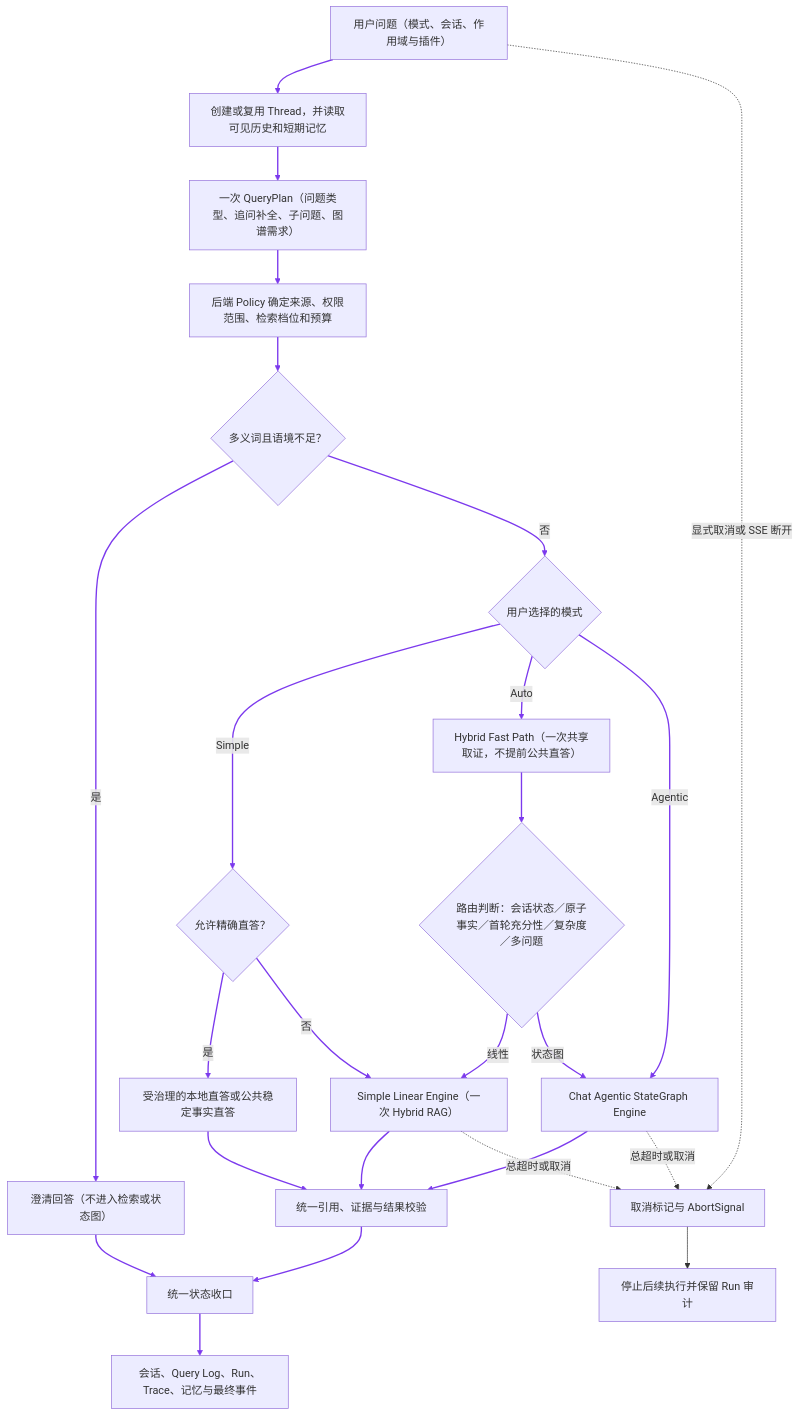
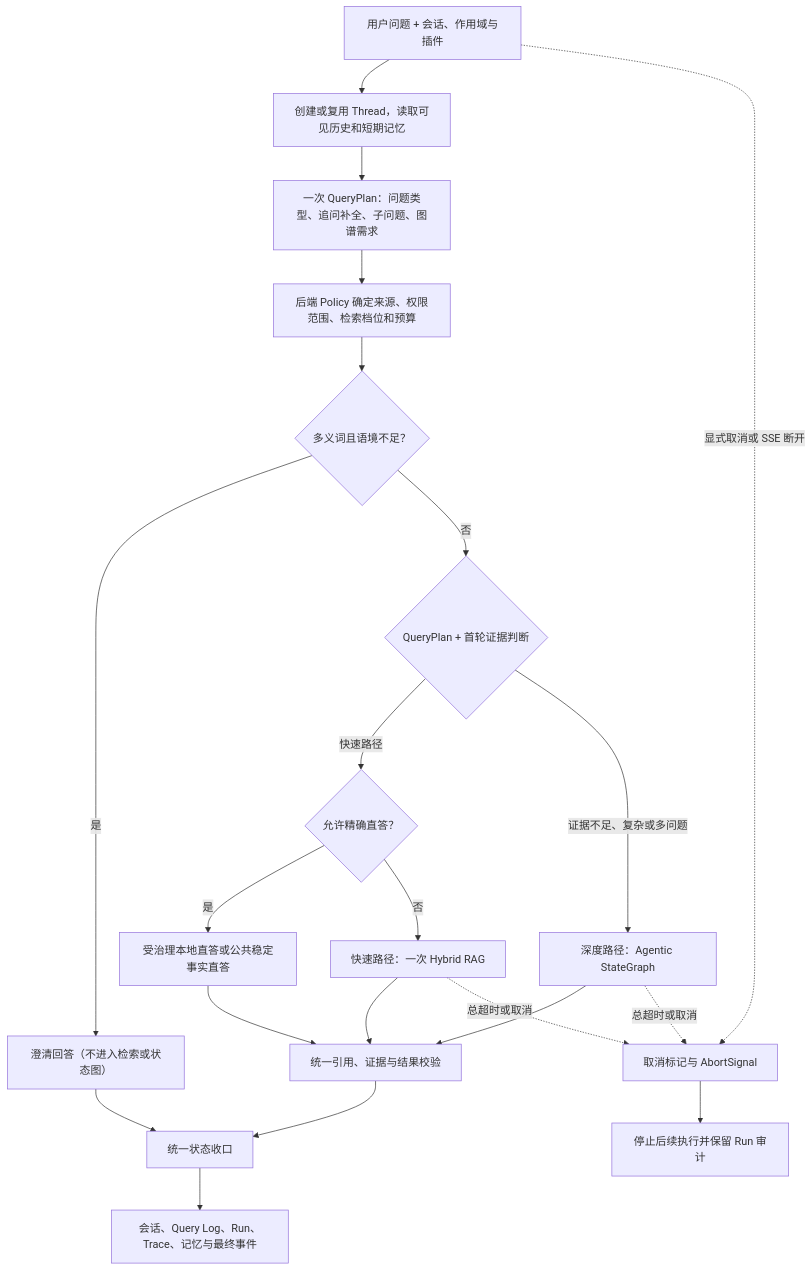
The fourth of 15 diagrams in docs/interview/功能步骤流程.md (monstereatai/RAG), drawn with Mermaid before and after one commit. The commit also changed other lines of this file and 1983 other files, not shown here.

````diff
--- a/docs/interview/功能步骤流程.md
+++ b/docs/interview/功能步骤流程.md
@@ -161,28 +162,23 @@
 ```mermaid
 flowchart TB
-  A[用户问题（模式、会话、作用域与插件）] --> B[创建或复用 Thread，并读取可见历史和短期记忆]
-  B --> C[一次 QueryPlan（问题类型、追问补全、子问题、图谱需求）]
+  A[用户问题 + 会话、作用域与插件] --> B[创建或复用 Thread，读取可见历史和短期记忆]
+  B --> C[一次 QueryPlan：问题类型、追问补全、子问题、图谱需求]
   C --> D[后端 Policy 确定来源、权限范围、检索档位和预算]
   D --> E{多义词且语境不足？}
   E -->|是| F[澄清回答（不进入检索或状态图）]
-  E -->|否| G{用户选择的模式}
-  G -->|Simple| H{允许精确直答？}
-  H -->|是| I[受治理的本地直答或公共稳定事实直答]
-  H -->|否| J[Simple Linear Engine（一次 Hybrid RAG）]
-  G -->|Auto| K[Hybrid Fast Path（一次共享取证，不提前公共直答）]
-  K --> L{路由判断：会话状态／原子事实／首轮充分性／复杂度／多问题}
-  L -->|线性| J
-  L -->|状态图| M[Chat Agentic StateGraph Engine]
-  G -->|Agentic| M
+  E -->|否| G{QueryPlan + 首轮证据判断}
+  G -->|快速路径| H{允许精确直答？}
+  H -->|是| I[受治理本地直答或公共稳定事实直答]
+  H -->|否| J[快速路径：一次 Hybrid RAG]
+  G -->|证据不足、复杂或多问题| M[深度路径：Agentic StateGraph]
   I --> N[统一引用、证据与结果校验]
   J --> N
   M --> N
   F --> O[统一状态收口]
   N --> O
   O --> P[会话、Query Log、Run、Trace、记忆与最终事件]
   A -. 显式取消或 SSE 断开 .-> Q[取消标记与 AbortSignal]
   J -. 总超时或取消 .-> Q
   M -. 总超时或取消 .-> Q
   Q --> R[停止后续执行并保留 Run 审计]
-  linkStyle 0,1,2,3,4,5,6,7,8,9,10,11,12,13,14,15,16,17,18,19 stroke:#7c3aed,stroke-width:2px
 ```
````
